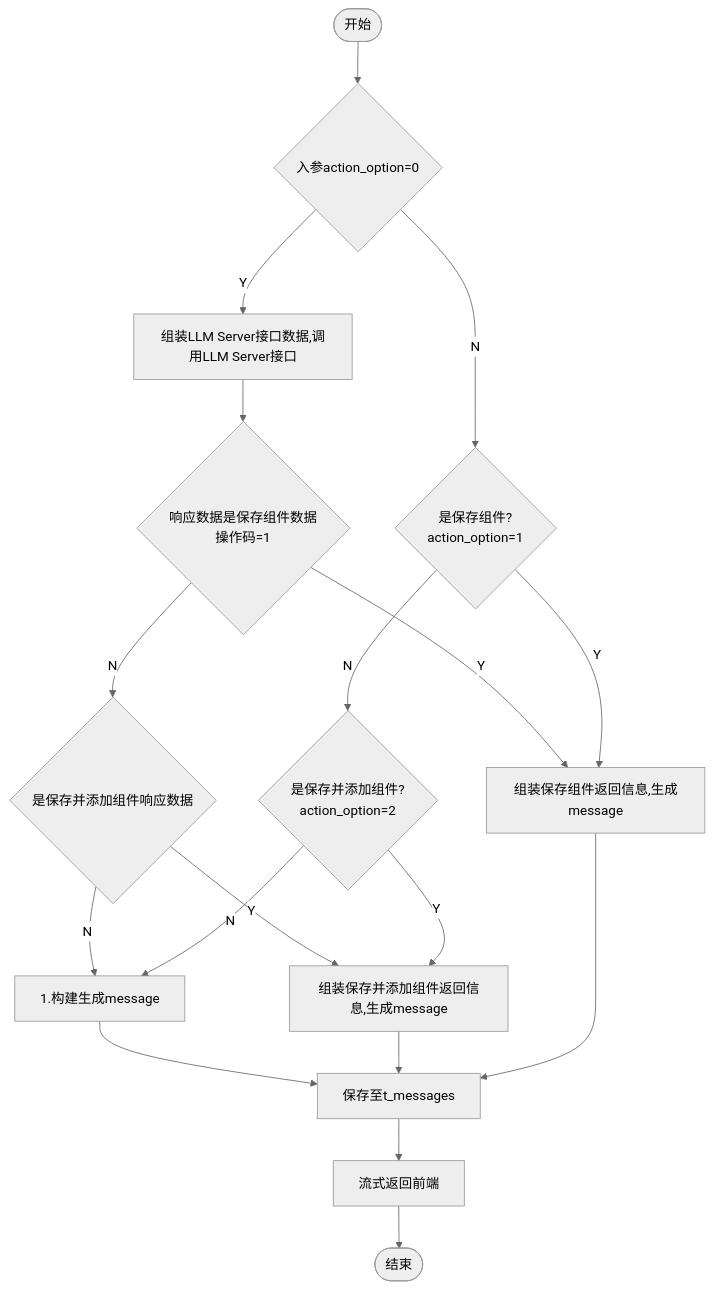
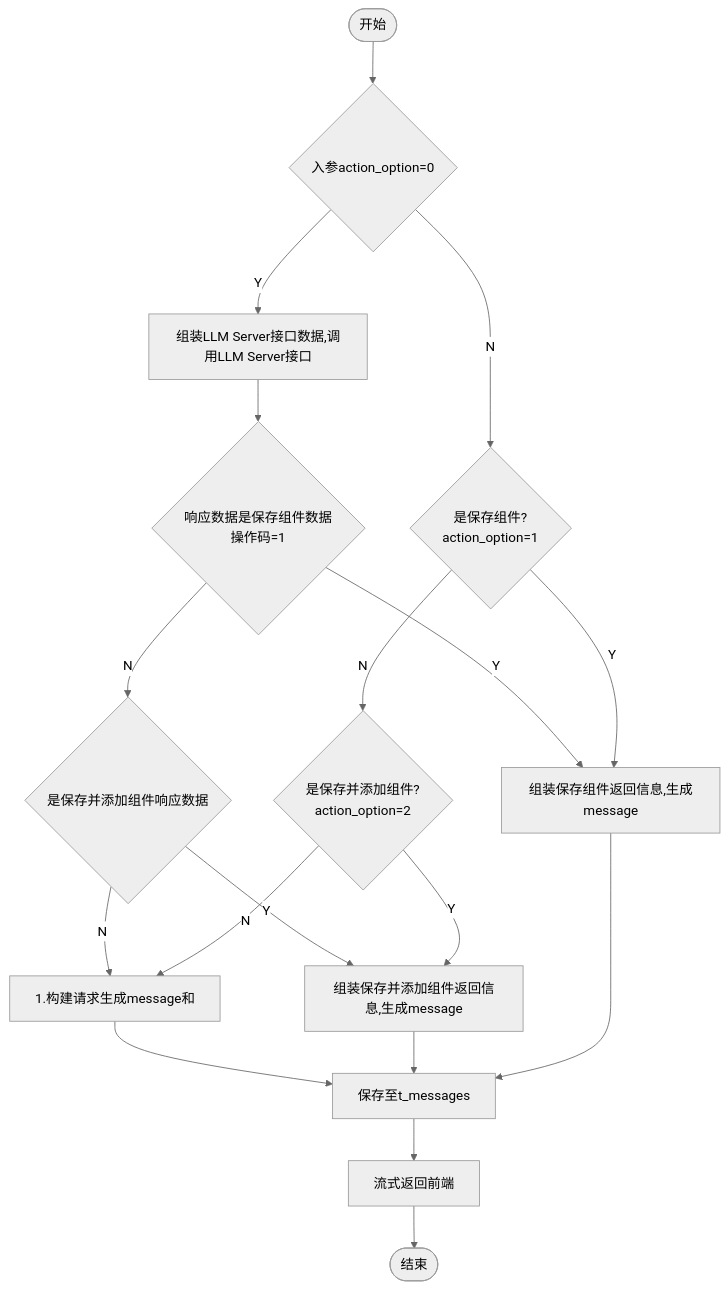
Before and after one commit to yingjianzh/iodraw-files: the diagram in all/添加保存组件.md, drawn with Mermaid (neutral theme).

Commit message:
2024-10-15 15:28:44 update

````diff
--- a/all/添加保存组件.md
+++ b/all/添加保存组件.md
@@ -1,23 +1,23 @@
 ```mermaid
 flowchart TD
     A([开始]) --> B{入参action_option=0}
     B -- Y --> C[组装LLM Server接口数据,调用LLM Server接口]
     C --> E{响应数据是保存组件数据 \n 操作码=1}
     B -- N --> D{是保存组件? \n action_option=1}
     D -- N --> J{是保存并添加组件? \n action_option=2}
 
     E -- N --> L{是保存并添加组件响应数据}
     E -- Y --> F[组装保存组件返回信息,生成message]
     
-    L -- N --> R[1.构建生成message]
+    L -- N --> R[1.构建请求生成message和]
     R --> G
     L -- Y --> K
     D -- Y --> F
     
     J -- Y --> K[组装保存并添加组件返回信息,生成message]
     K --> G
     J -- N --> R
     F --> G[保存至t_messages]
     G --> H[流式返回前端]
     H --> I([结束])
 ```
````
